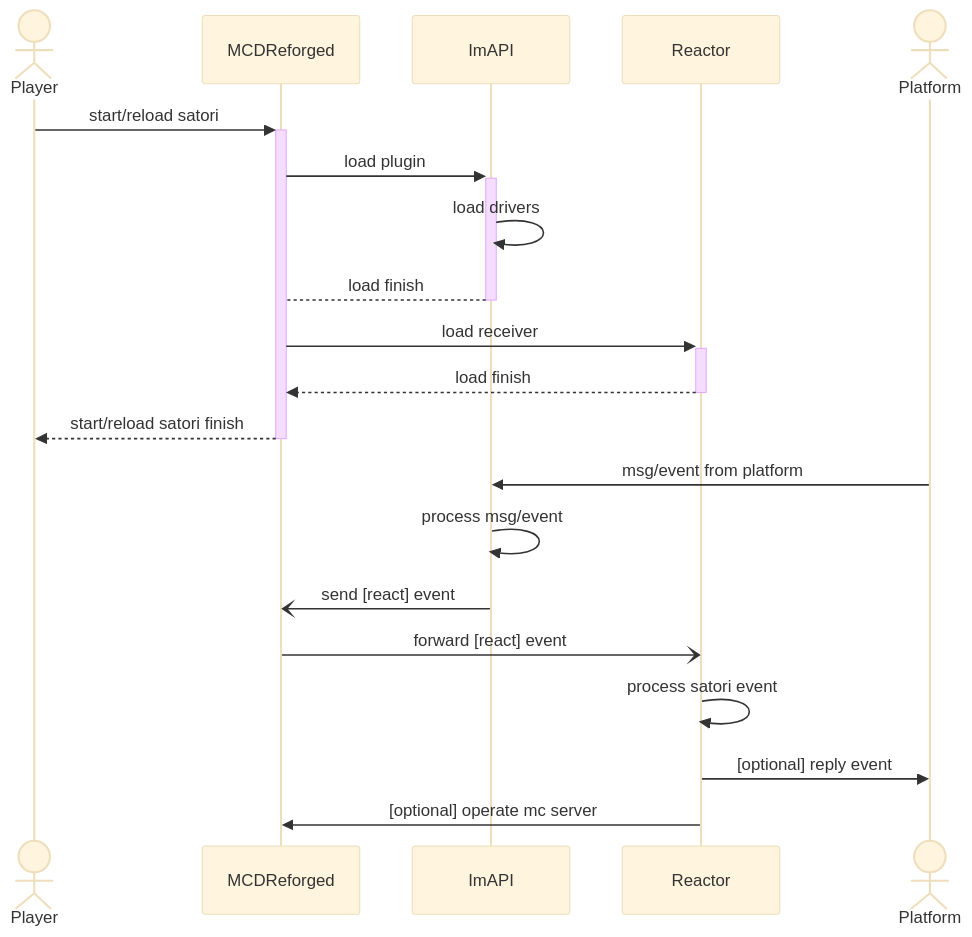
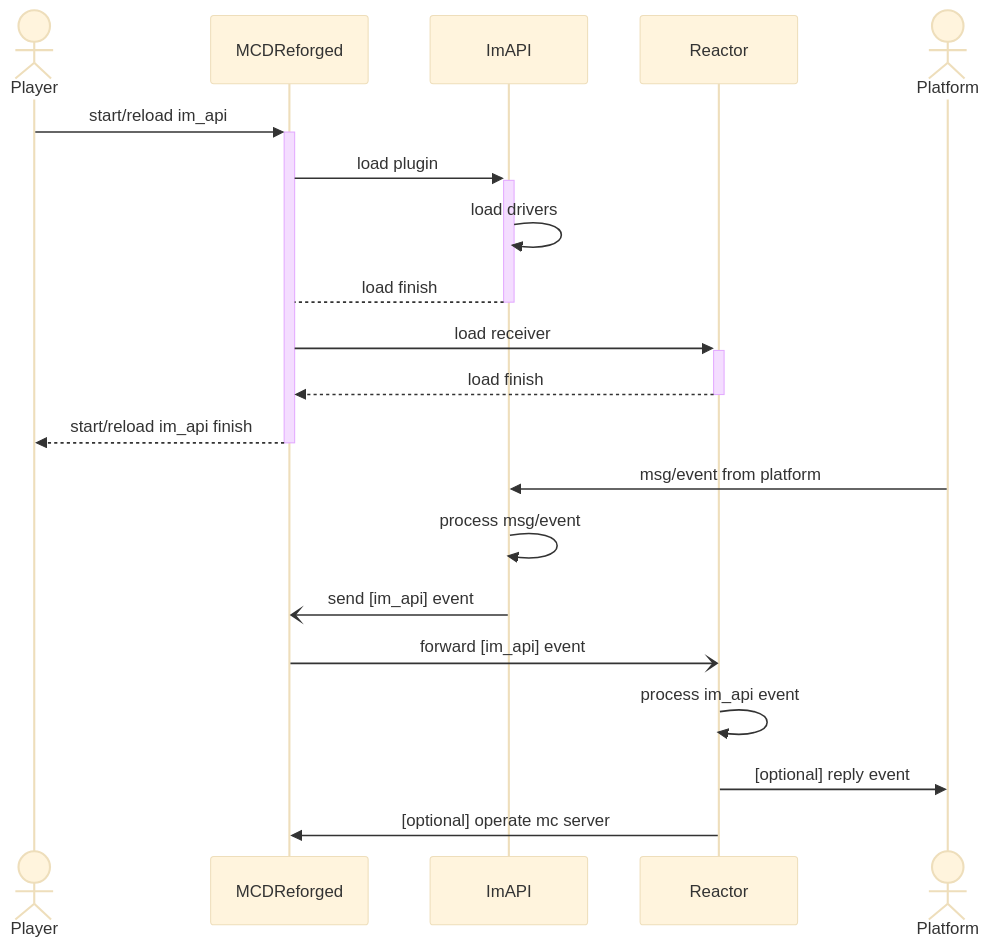
Before and after one commit to Mooling0602/ImAPI-MatrixDriver: the second of 3 diagrams in README.md, drawn with Mermaid (base theme). The commit also changed other lines of this file, not shown here.

````diff
--- a/README.md
+++ b/README.md
@@ -53,25 +52,25 @@
 ```mermaid
 sequenceDiagram
 actor player as Player
 participant mcdr as MCDReforged
 participant api as ImAPI
 participant rtr as Reactor
 actor plat as Platform
 
-player ->>+ mcdr: start/reload satori
+player ->>+ mcdr: start/reload im_api
 mcdr ->>+ api: load plugin
 api ->> api: load drivers
 api -->- mcdr: load finish
 
 mcdr ->>+ rtr: load receiver
 rtr -->>- mcdr: load finish
-mcdr -->>- player: start/reload satori finish
+mcdr -->>- player: start/reload im_api finish
 
 plat ->> api: msg/event from platform
 api ->> api: process msg/event
-api -) mcdr: send [react] event
-mcdr  -) rtr: forward [react] event
-rtr ->> rtr: process satori event
+api -) mcdr: send [im_api] event
+mcdr  -) rtr: forward [im_api] event
+rtr ->> rtr: process im_api event
 rtr ->> plat: [optional] reply event
 rtr ->> mcdr: [optional] operate mc server
 ```
````
